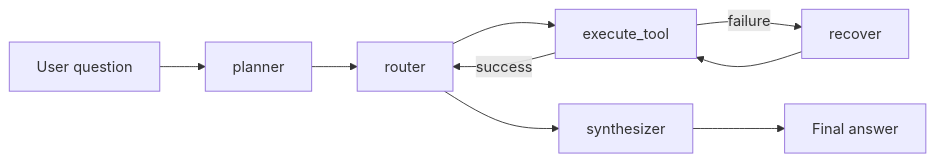
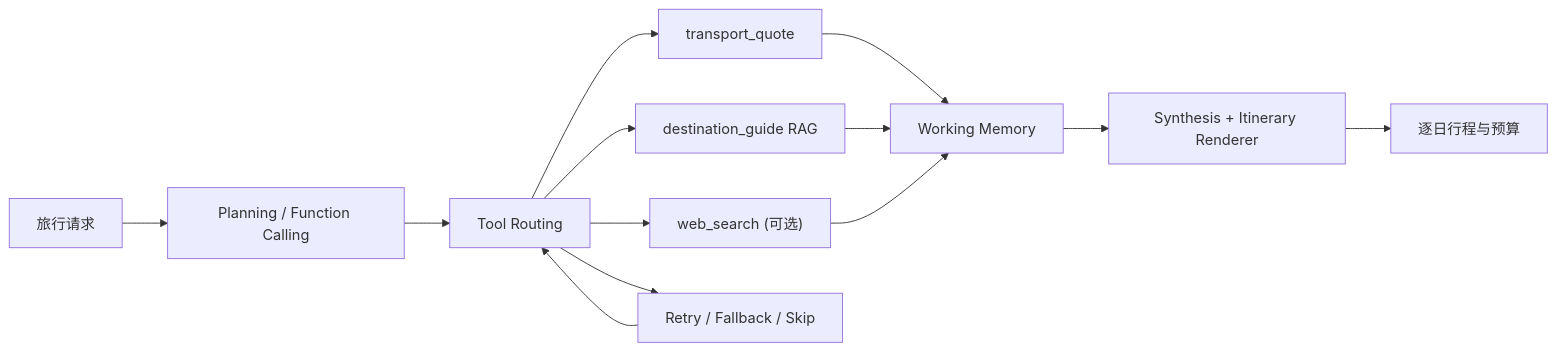
The diagram in README.md (l1cr0000-dev/llm-tool-using-agent-system), drawn with Mermaid before and after one commit. The commit also changed other lines of this file and 1 other file, not shown here.

````diff
--- a/README.md
+++ b/README.md
@@ -104,11 +49,15 @@
 ```mermaid
 flowchart LR
-    U["User question"] --> P["planner"]
-    P --> R["router"]
-    R --> E["execute_tool"]
-    E -->|success| R
-    E -->|failure| F["recover"]
-    F --> E
-    R --> S["synthesizer"]
-    S --> A["Final answer"]
+    U["旅行请求"] --> P["Planning / Function Calling"]
+    P --> R["Tool Routing"]
+    R --> T["transport_quote"]
+    R --> G["destination_guide RAG"]
+    R --> W["web_search (可选)"]
+    T --> M["Working Memory"]
+    G --> M
+    W --> M
+    M --> S["Synthesis + Itinerary Renderer"]
+    S --> O["逐日行程与预算"]
+    R --> F["Retry / Fallback / Skip"]
+    F --> R
 ```
````
